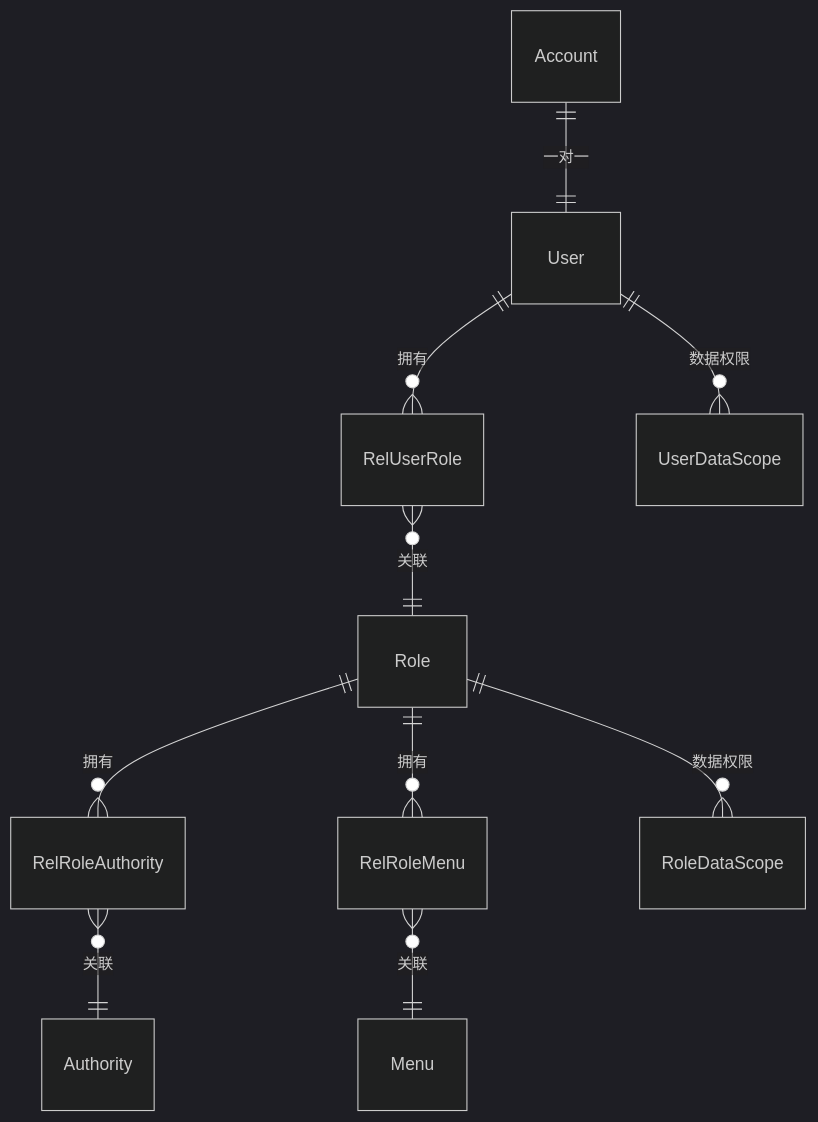
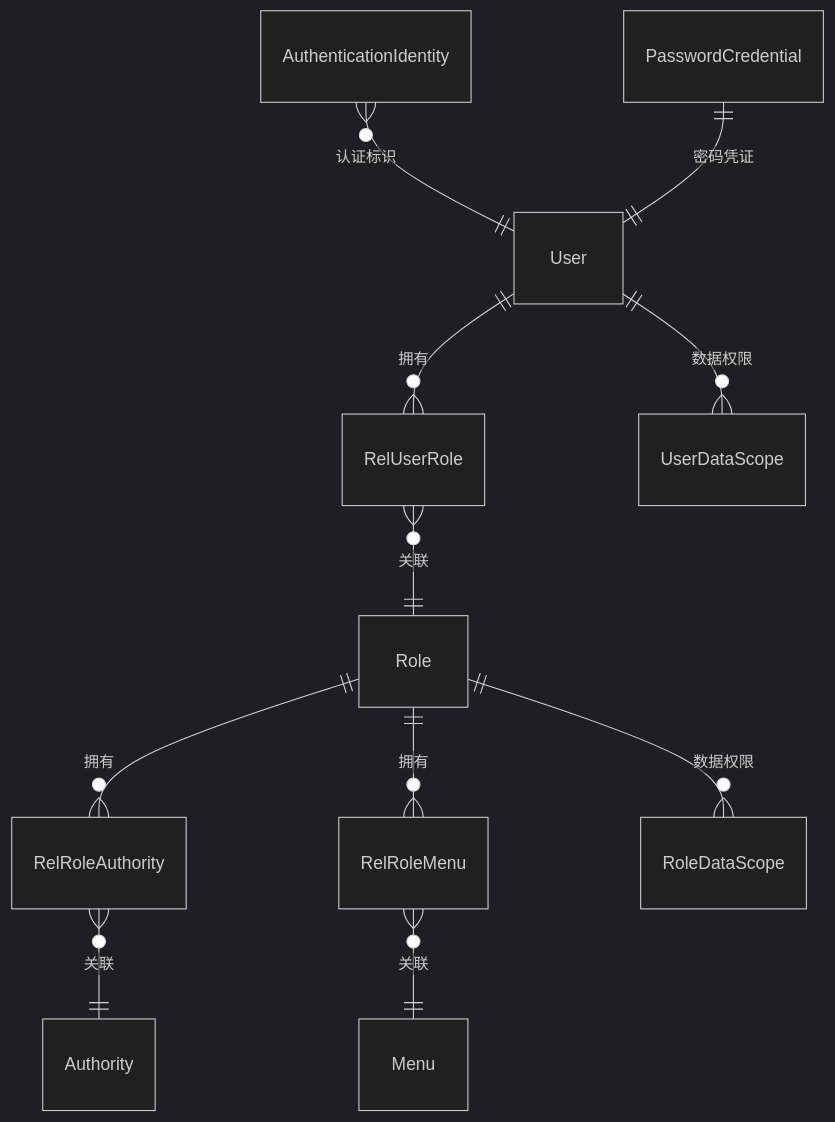
One commit to yangxj96/spectra-docs changed the diagram in docs/10-后端/20-用户与权限.md. Above: the diagram before and after it, drawn with Mermaid (dark theme). The commit also changed other lines of this file and 4 other files, not shown here.

````diff
--- a/docs/10-后端/20-用户与权限.md
+++ b/docs/10-后端/20-用户与权限.md
@@ -14,12 +14,13 @@
 ```mermaid
 erDiagram
-    Account ||--|| User : "一对一"
+    AuthenticationIdentity }o--|| User : "认证标识"
+    PasswordCredential ||--|| User : "密码凭证"
     User ||--o{ RelUserRole : "拥有"
     RelUserRole }o--|| Role : "关联"
     Role ||--o{ RelRoleAuthority : "拥有"
     RelRoleAuthority }o--|| Authority : "关联"
     Role ||--o{ RelRoleMenu : "拥有"
     RelRoleMenu }o--|| Menu : "关联"
     Role ||--o{ RoleDataScope : "数据权限"
     User ||--o{ UserDataScope : "数据权限"
 ```
````
